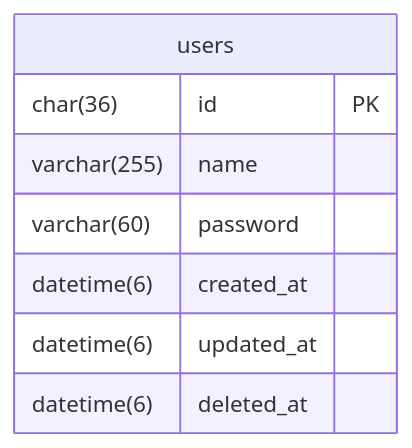
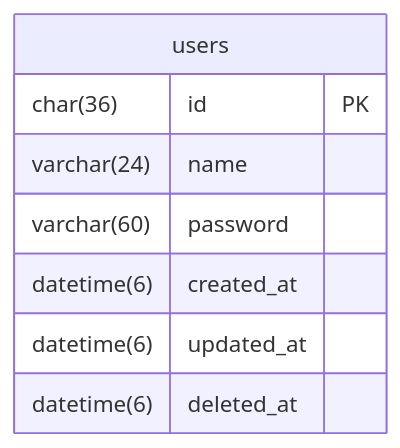
Before and after one commit to atsumarukun/holos-auth-api: the diagram in docs/er-diagram.md, drawn with Mermaid. The commit also changed other lines of this file, not shown here.

Commit message:
update: ER図のユーザー名文字数を更新.

````diff
--- a/docs/er-diagram.md
+++ b/docs/er-diagram.md
@@ -3,12 +3,12 @@
 ```mermaid
 erDiagram
 
 users {
   char(36) id PK
-  varchar(255) name
+  varchar(24) name
   varchar(60) password
   datetime(6) created_at
   datetime(6) updated_at
   datetime(6) deleted_at
 }
 ```
````
